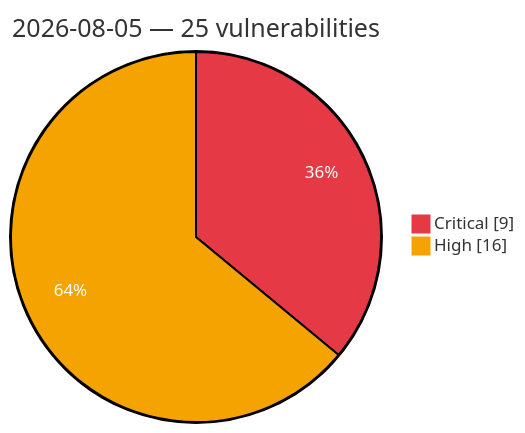
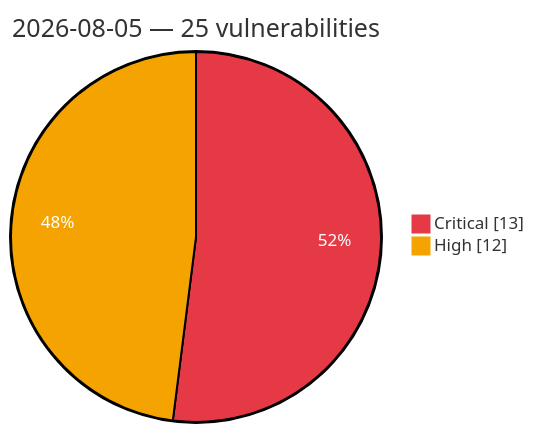
Before and after one commit to GhostX0X/vuln-tracker: the diagram in vulnerabilities/2026-08-05.md, drawn with Mermaid. The commit also changed other lines of this file and 1 other file, not shown here.

Commit message:
Auto update: critical/high vulns (2026-08-05 13:21 UTC)

````diff
--- a/vulnerabilities/2026-08-05.md
+++ b/vulnerabilities/2026-08-05.md
@@ -3,7 +3,7 @@
 ```mermaid
 %%{init: {'theme':'base', 'themeVariables': {'pie1':'#e63946', 'pie2':'#f4a300', 'pieOpacity':'1', 'pieOuterStrokeWidth':'2px', 'pieSectionTextColor':'#ffffff'}}}%%
 pie showData
     title 2026-08-05 — 25 vulnerabilities
-    "Critical" : 9
-    "High" : 16
+    "Critical" : 13
+    "High" : 12
 ```
````
